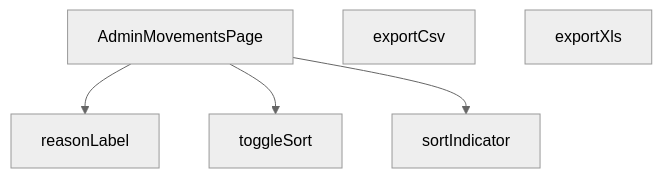
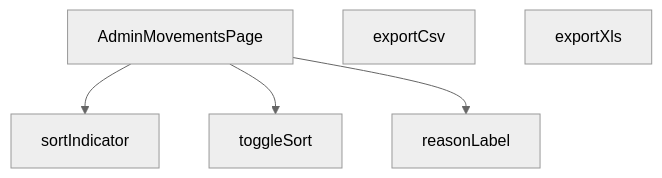
One commit to peckop/venthub-hvac-esite changed the diagram in src/views/admin/AdminMovementsPage.md. Above: the diagram before and after it, drawn with Mermaid (neutral theme). The commit also changed other lines of this file and 723 other files, not shown here.

````diff
--- a/src/views/admin/AdminMovementsPage.md
+++ b/src/views/admin/AdminMovementsPage.md
@@ -253,12 +312,12 @@
 ```mermaid
 graph TD
     AdminMovementsPage_tsx__AdminMovementsPage["AdminMovementsPage"]
     AdminMovementsPage_tsx__exportCsv["exportCsv"]
     AdminMovementsPage_tsx__exportXls["exportXls"]
     AdminMovementsPage_tsx__reasonLabel["reasonLabel"]
     AdminMovementsPage_tsx__sortIndicator["sortIndicator"]
     AdminMovementsPage_tsx__toggleSort["toggleSort"]
+    AdminMovementsPage_tsx__AdminMovementsPage --> AdminMovementsPage_tsx__sortIndicator
+    AdminMovementsPage_tsx__AdminMovementsPage --> AdminMovementsPage_tsx__toggleSort
     AdminMovementsPage_tsx__AdminMovementsPage --> AdminMovementsPage_tsx__reasonLabel
-    AdminMovementsPage_tsx__AdminMovementsPage --> AdminMovementsPage_tsx__toggleSort
-    AdminMovementsPage_tsx__AdminMovementsPage --> AdminMovementsPage_tsx__sortIndicator
 ```
````
